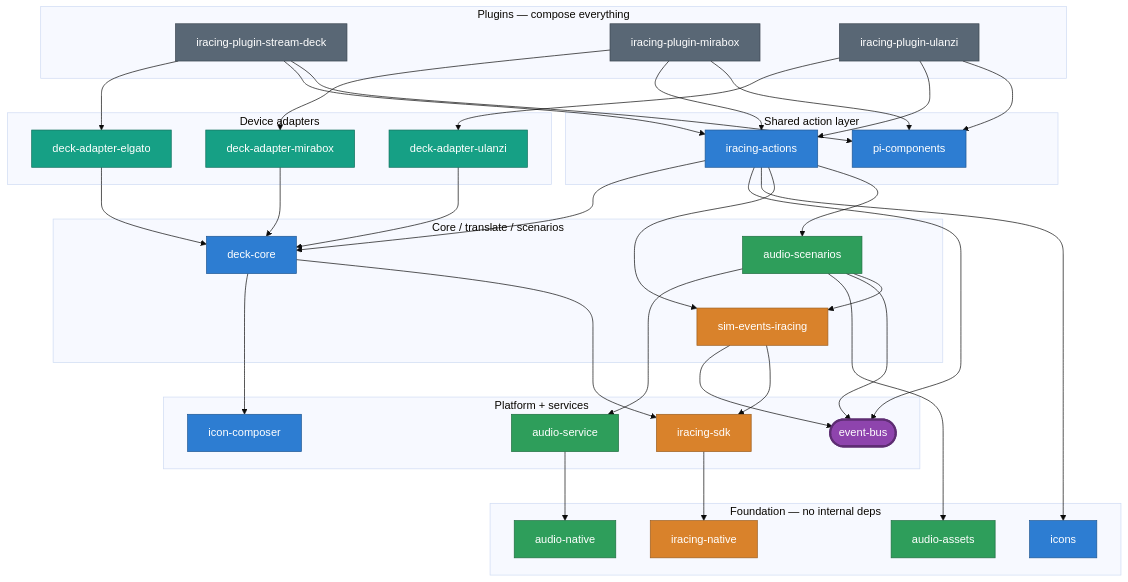
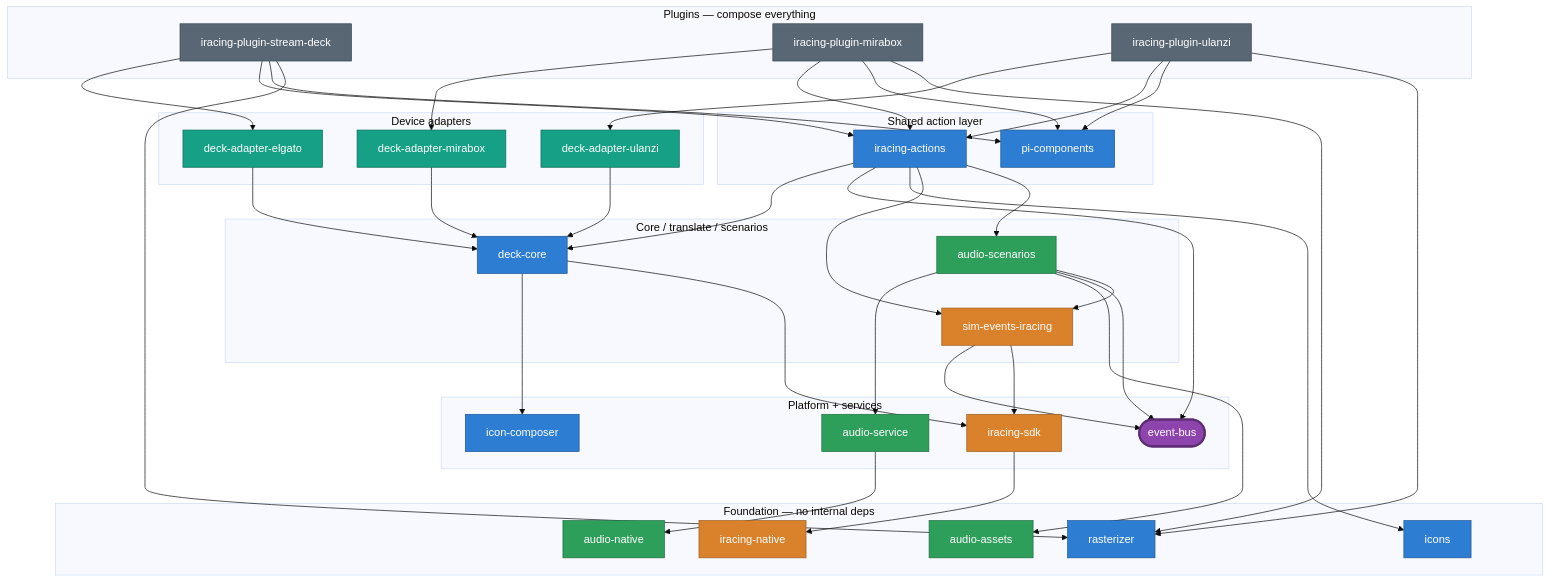
Before and after one commit to niklam/iracedeck: the fifth of 5 diagrams in packages/website/src/content/docs/docs/development/architecture.md, drawn with Mermaid (base theme). The commit also changed other lines of this file and 7 other files, not shown here.

````diff
--- a/packages/website/src/content/docs/docs/development/architecture.md
+++ b/packages/website/src/content/docs/docs/development/architecture.md
@@ -174,73 +174,77 @@
 ```mermaid
 flowchart TB
   subgraph plugins["Plugins — compose everything"]
     psd["iracing-plugin-stream-deck"]:::plugin
     pmb["iracing-plugin-mirabox"]:::plugin
     pul["iracing-plugin-ulanzi"]:::plugin
   end
   subgraph adapters["Device adapters"]
     aelg["deck-adapter-elgato"]:::adp
     amb["deck-adapter-mirabox"]:::adp
     aul["deck-adapter-ulanzi"]:::adp
   end
   subgraph shared["Shared action layer"]
     acts["iracing-actions"]:::core
     pic["pi-components"]:::core
   end
   subgraph brain["Core / translate / scenarios"]
     dc["deck-core"]:::core
     sei["sim-events-iracing"]:::sim
     asc["audio-scenarios"]:::audio
   end
   subgraph platform["Platform + services"]
     sdk["iracing-sdk"]:::sim
     eb(["event-bus"]):::seam
     asv["audio-service"]:::audio
     ic["icon-composer"]:::core
   end
   subgraph foundation["Foundation — no internal deps"]
     icons["icons"]:::core
+    rast["rasterizer"]:::core
     pinat["iracing-native"]:::sim
     anat["audio-native"]:::audio
     aasset["audio-assets"]:::audio
   end
 
   psd --> aelg
   pmb --> amb
   pul --> aul
   psd --> acts
   pmb --> acts
   pul --> acts
   psd --> pic
   pmb --> pic
   pul --> pic
+  psd --> rast
+  pmb --> rast
+  pul --> rast
 
   aelg --> dc
   amb --> dc
   aul --> dc
 
   acts --> dc
   acts --> eb
   acts --> icons
   acts --> sei
   acts --> asc
 
   dc --> ic
   dc --> sdk
   sei --> eb
   sei --> sdk
   asc --> asv
   asc --> aasset
   asc --> eb
   asc --> sei
 
   sdk --> pinat
   asv --> anat
 
   classDef seam fill:#8e44ad,color:#fff,stroke:#5e2d73,stroke-width:3px;
   classDef sim fill:#d9822b,color:#fff,stroke:#9c5e1f;
   classDef core fill:#2d7dd2,color:#fff,stroke:#1f5793;
   classDef audio fill:#2e9e5b,color:#fff,stroke:#1f6e40;
   classDef adp fill:#16a085,color:#fff,stroke:#0e6f5c;
   classDef plugin fill:#596775,color:#fff,stroke:#3c4651;
 ```
````
